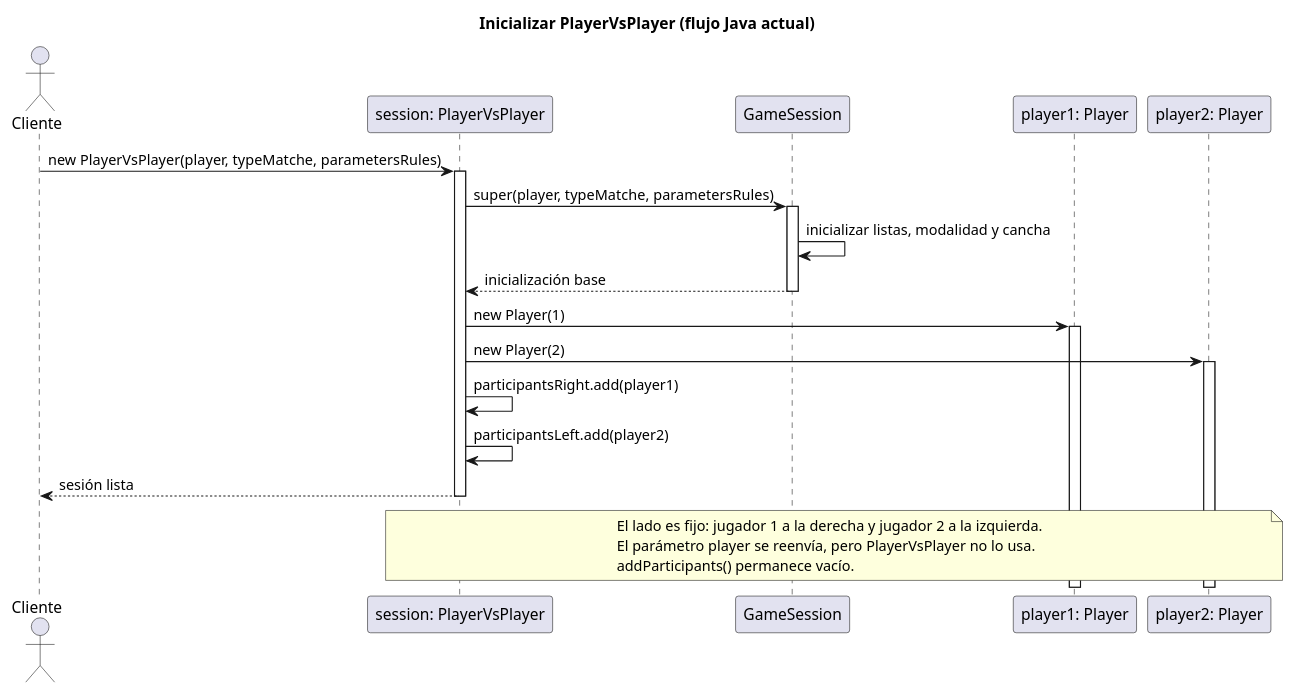
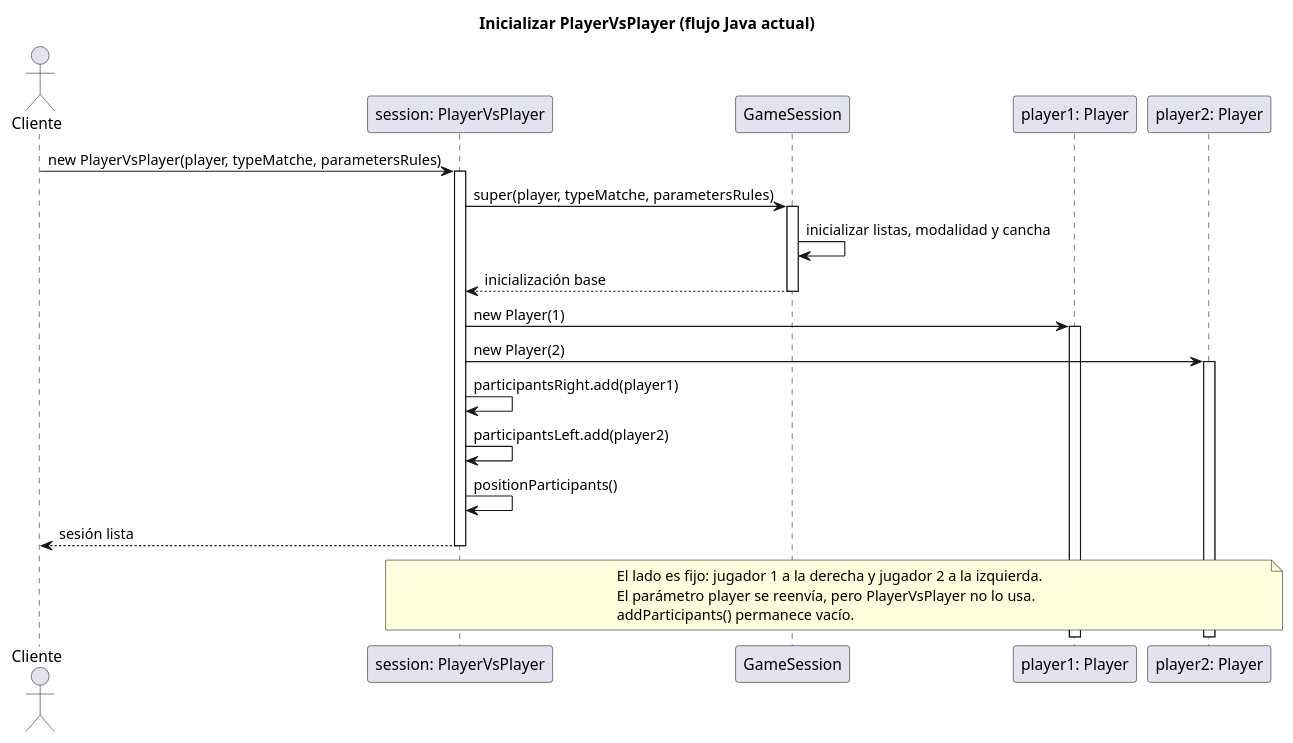
The diagram in docs/uml/player-vs-player-sequence.puml (PaglkG/ProyectoFinal-Dopo), drawn with PlantUML before and after one commit. The commit also changed 6 other files, not shown here.

Commit message:
ajuste de responsabilidades con ball y ajustando los cambios en los diagrama de clase para la entrega

```diff
--- a/docs/uml/player-vs-player-sequence.puml
+++ b/docs/uml/player-vs-player-sequence.puml
@@ -1,23 +1,24 @@
 @startuml
 title Inicializar PlayerVsPlayer (flujo Java actual)
 actor Cliente
 participant "session: PlayerVsPlayer" as S
 participant "GameSession" as Base
 participant "player1: Player" as P1
 participant "player2: Player" as P2
 
 Cliente -> S ++: new PlayerVsPlayer(player, typeMatche, parametersRules)
 S -> Base ++: super(player, typeMatche, parametersRules)
 Base -> Base: inicializar listas, modalidad y cancha
 Base --> S --: inicialización base
 S -> P1 ++: new Player(1)
 S -> P2 ++: new Player(2)
 S -> S: participantsRight.add(player1)
 S -> S: participantsLeft.add(player2)
+S -> S: positionParticipants()
 S --> Cliente --: sesión lista
 note over S,P2
   El lado es fijo: jugador 1 a la derecha y jugador 2 a la izquierda.
   El parámetro player se reenvía, pero PlayerVsPlayer no lo usa.
   addParticipants() permanece vacío.
 end note
 @enduml
```
